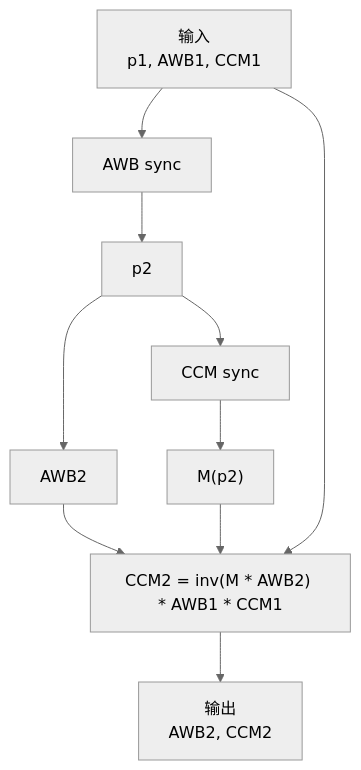
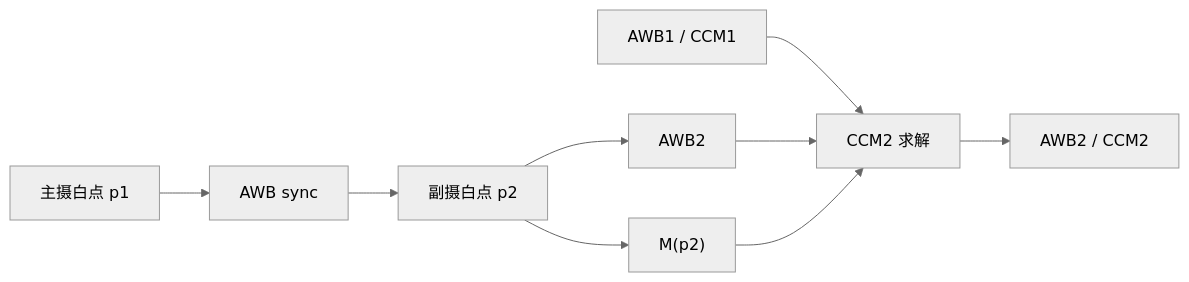
The second of 2 diagrams in README.md (heouchen/AWB-CCM-sync), drawn with Mermaid (neutral theme) before and after one commit. The commit also changed other lines of this file and 2 other files, not shown here.

Commit message:
docs: refine AWB CCM sync algorithm guide

````diff
--- a/README.md
+++ b/README.md
@@ -546,12 +339,11 @@
 ```mermaid
-flowchart TB
-    Input["输入<br/>p1, AWB1, CCM1"] --> AWBStep["AWB sync"]
-    AWBStep --> P2["p2"]
+flowchart LR
+    P1["主摄白点 p1"] --> AWBSync["AWB sync"]
+    AWBSync --> P2["副摄白点 p2"]
     P2 --> AWB2["AWB2"]
-    P2 --> MStep["CCM sync"]
-    MStep --> M["M(p2)"]
-    AWB2 --> Solve["CCM2 = inv(M * AWB2) * AWB1 * CCM1"]
+    P2 --> M["M(p2)"]
+    Main["AWB1 / CCM1"] --> Solve["CCM2 求解"]
+    AWB2 --> Solve
     M --> Solve
-    Input --> Solve
-    Solve --> Output["输出<br/>AWB2, CCM2"]
+    Solve --> Output["AWB2 / CCM2"]
 ```
````
